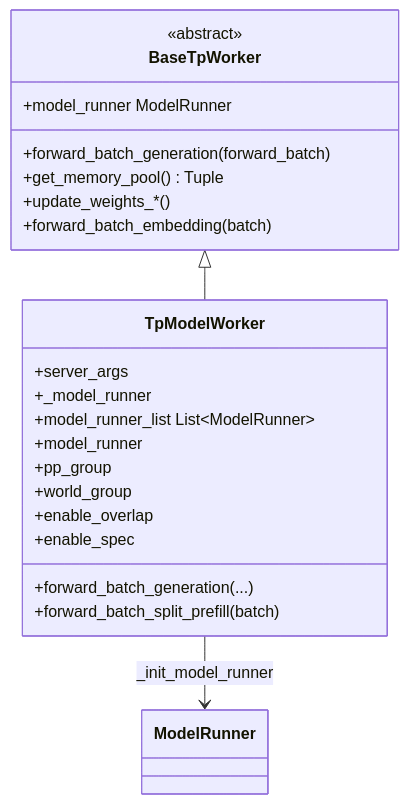
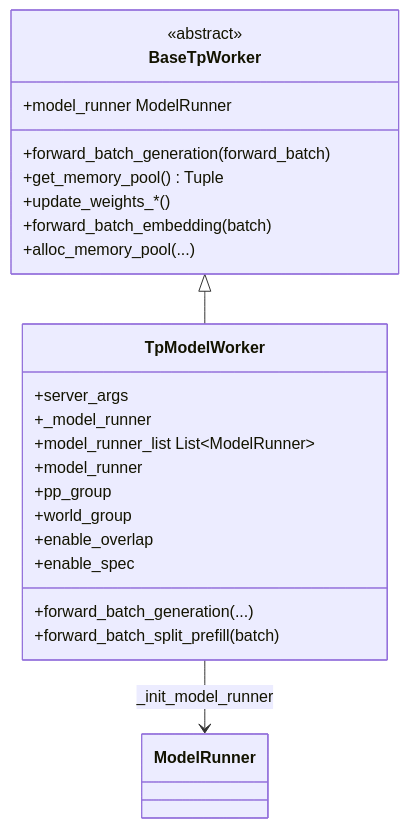
One commit to learning-sketch/wiki changed the first of 2 diagrams in sglang/entities/TpModelWorker.md. Above: the diagram before and after it, drawn with Mermaid. The commit also changed other lines of this file and 5 other files, not shown here.

````diff
--- a/sglang/entities/TpModelWorker.md
+++ b/sglang/entities/TpModelWorker.md
@@ -40,26 +44,27 @@
 ```mermaid
 classDiagram
     class BaseTpWorker {
         <<abstract>>
         +forward_batch_generation(forward_batch)
         +model_runner ModelRunner
         +get_memory_pool() Tuple
         +update_weights_*()
         +forward_batch_embedding(batch)
+        +alloc_memory_pool(...)
     }
     class TpModelWorker {
         +server_args
         +_model_runner
         +model_runner_list List~ModelRunner~
         +model_runner
         +pp_group
         +world_group
         +enable_overlap
         +enable_spec
         +forward_batch_generation(...)
         +forward_batch_split_prefill(batch)
     }
     class ModelRunner
     BaseTpWorker <|-- TpModelWorker
     TpModelWorker --> ModelRunner : _init_model_runner
 ```
````
